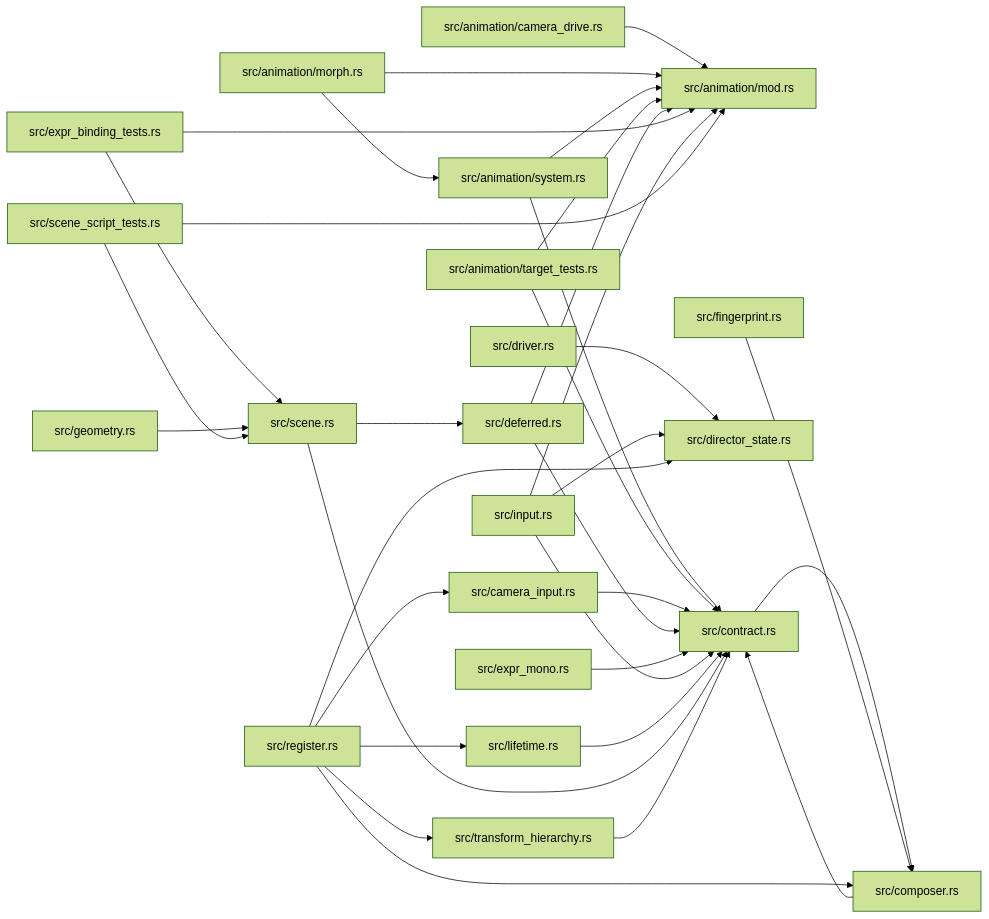
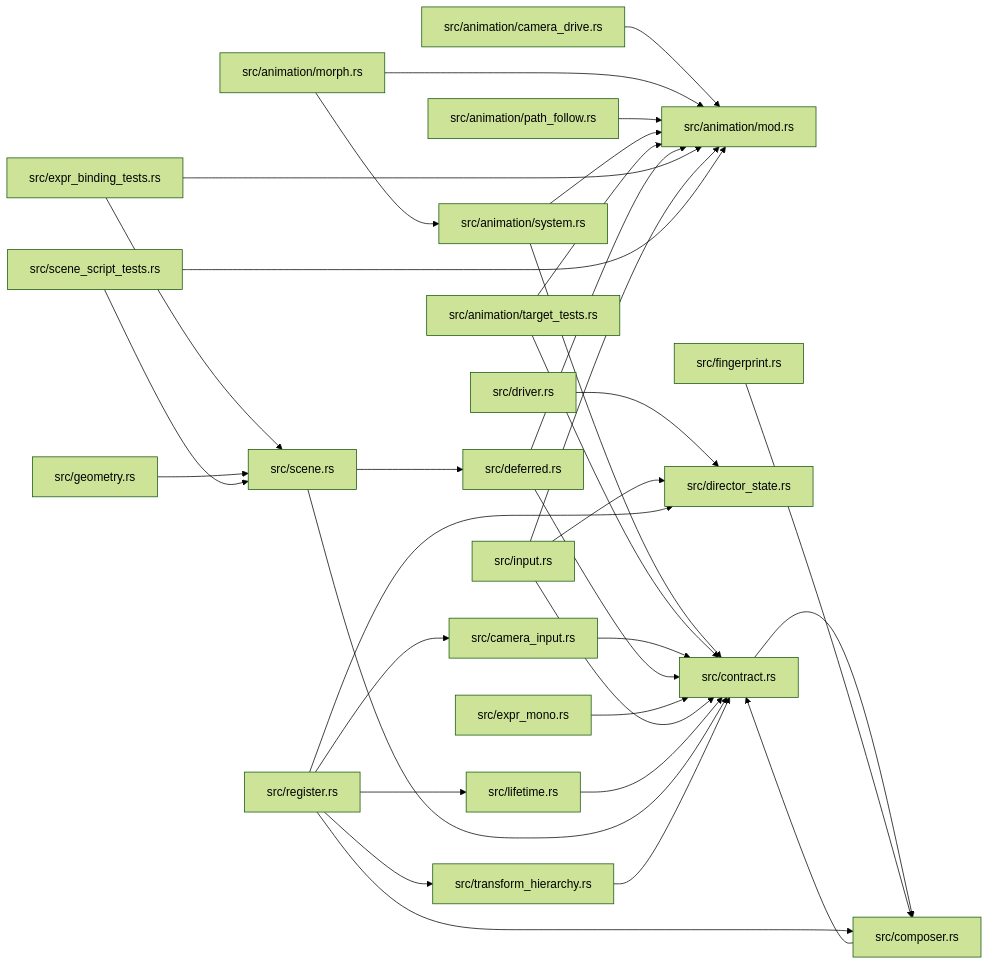
The diagram in docs/modules/zela-scene-ecs.md (xcrtp/zela), drawn with Mermaid (forest theme) before and after one commit. The commit also changed other lines of this file and 28 other files, not shown here.

First line of the commit message:
feat(animation): 阶段 2 路径跟随 —— PathFollow 组件 + Reveal.point_at/tangent_at

````diff
--- a/docs/modules/zela-scene-ecs.md
+++ b/docs/modules/zela-scene-ecs.md
@@ -47,56 +48,58 @@
 ```mermaid
 graph LR
     f0["src/animation/camera_drive.rs"]
     f1["src/animation/mod.rs"]
     f2["src/animation/morph.rs"]
+    f4["src/animation/path_follow.rs"]
     f3["src/animation/system.rs"]
-    f5["src/animation/target_tests.rs"]
-    f6["src/camera_input.rs"]
-    f7["src/composer.rs"]
-    f4["src/contract.rs"]
-    f8["src/deferred.rs"]
-    f10["src/director_state.rs"]
-    f9["src/driver.rs"]
-    f11["src/expr_binding_tests.rs"]
-    f13["src/expr_mono.rs"]
-    f14["src/fingerprint.rs"]
-    f15["src/geometry.rs"]
-    f16["src/input.rs"]
-    f17["src/lifetime.rs"]
-    f18["src/register.rs"]
-    f12["src/scene.rs"]
-    f20["src/scene_script_tests.rs"]
-    f19["src/transform_hierarchy.rs"]
+    f6["src/animation/target_tests.rs"]
+    f7["src/camera_input.rs"]
+    f8["src/composer.rs"]
+    f5["src/contract.rs"]
+    f9["src/deferred.rs"]
+    f11["src/director_state.rs"]
+    f10["src/driver.rs"]
+    f12["src/expr_binding_tests.rs"]
+    f14["src/expr_mono.rs"]
+    f15["src/fingerprint.rs"]
+    f16["src/geometry.rs"]
+    f17["src/input.rs"]
+    f18["src/lifetime.rs"]
+    f19["src/register.rs"]
+    f13["src/scene.rs"]
+    f21["src/scene_script_tests.rs"]
+    f20["src/transform_hierarchy.rs"]
     f0 --> f1
     f2 --> f1
     f2 --> f3
+    f4 --> f1
     f3 --> f1
-    f3 --> f4
-    f5 --> f1
-    f5 --> f4
-    f6 --> f4
-    f7 --> f4
-    f4 --> f7
-    f8 --> f1
-    f8 --> f4
-    f9 --> f10
-    f11 --> f1
-    f11 --> f12
-    f13 --> f4
-    f14 --> f7
-    f15 --> f12
-    f16 --> f1
-    f16 --> f4
-    f16 --> f10
-    f17 --> f4
-    f18 --> f6
-    f18 --> f7
-    f18 --> f10
-    f18 --> f17
-    f18 --> f19
-    f12 --> f4
-    f12 --> f8
-    f20 --> f1
-    f20 --> f12
-    f19 --> f4
+    f3 --> f5
+    f6 --> f1
+    f6 --> f5
+    f7 --> f5
+    f8 --> f5
+    f5 --> f8
+    f9 --> f1
+    f9 --> f5
+    f10 --> f11
+    f12 --> f1
+    f12 --> f13
+    f14 --> f5
+    f15 --> f8
+    f16 --> f13
+    f17 --> f1
+    f17 --> f5
+    f17 --> f11
+    f18 --> f5
+    f19 --> f7
+    f19 --> f8
+    f19 --> f11
+    f19 --> f18
+    f19 --> f20
+    f13 --> f5
+    f13 --> f9
+    f21 --> f1
+    f21 --> f13
+    f20 --> f5
 ```
````
